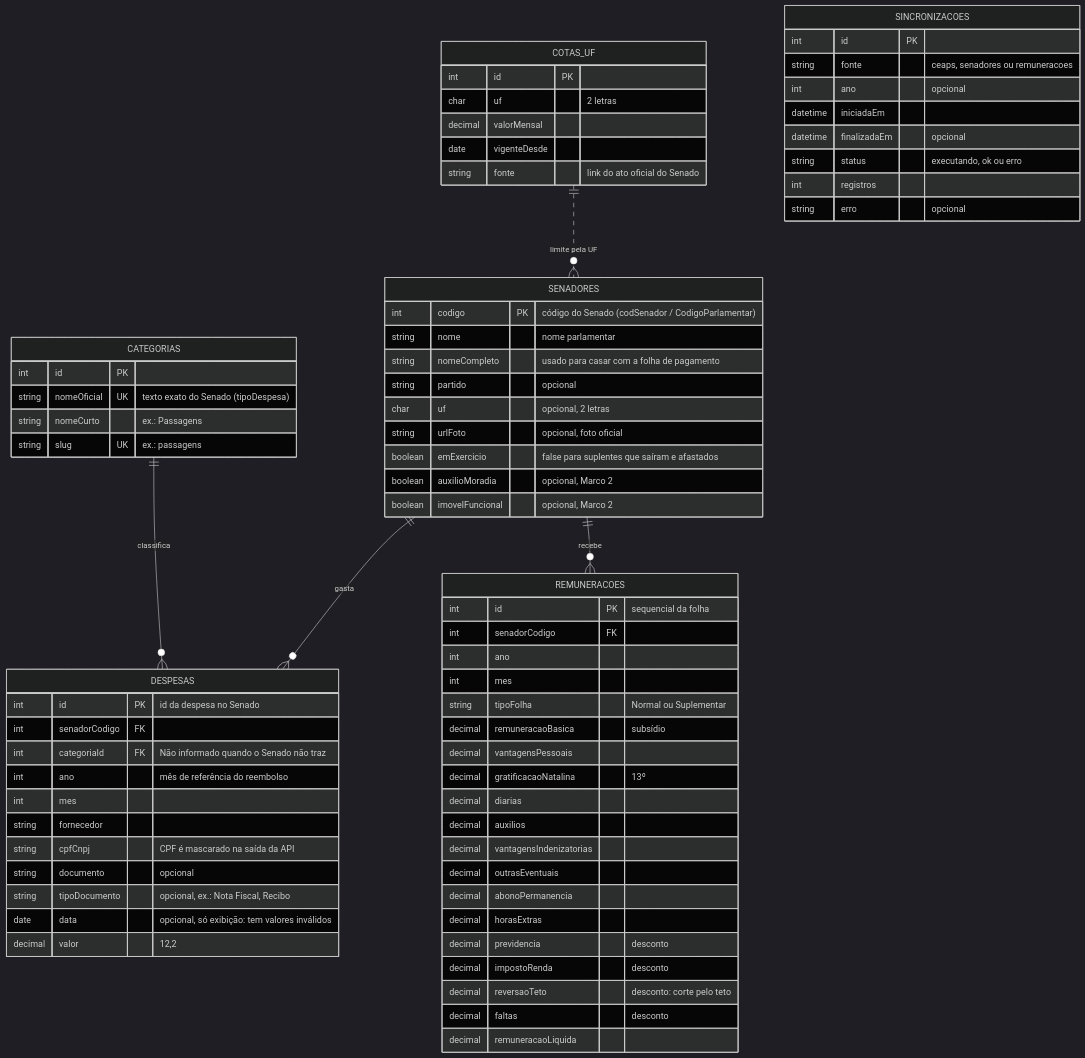
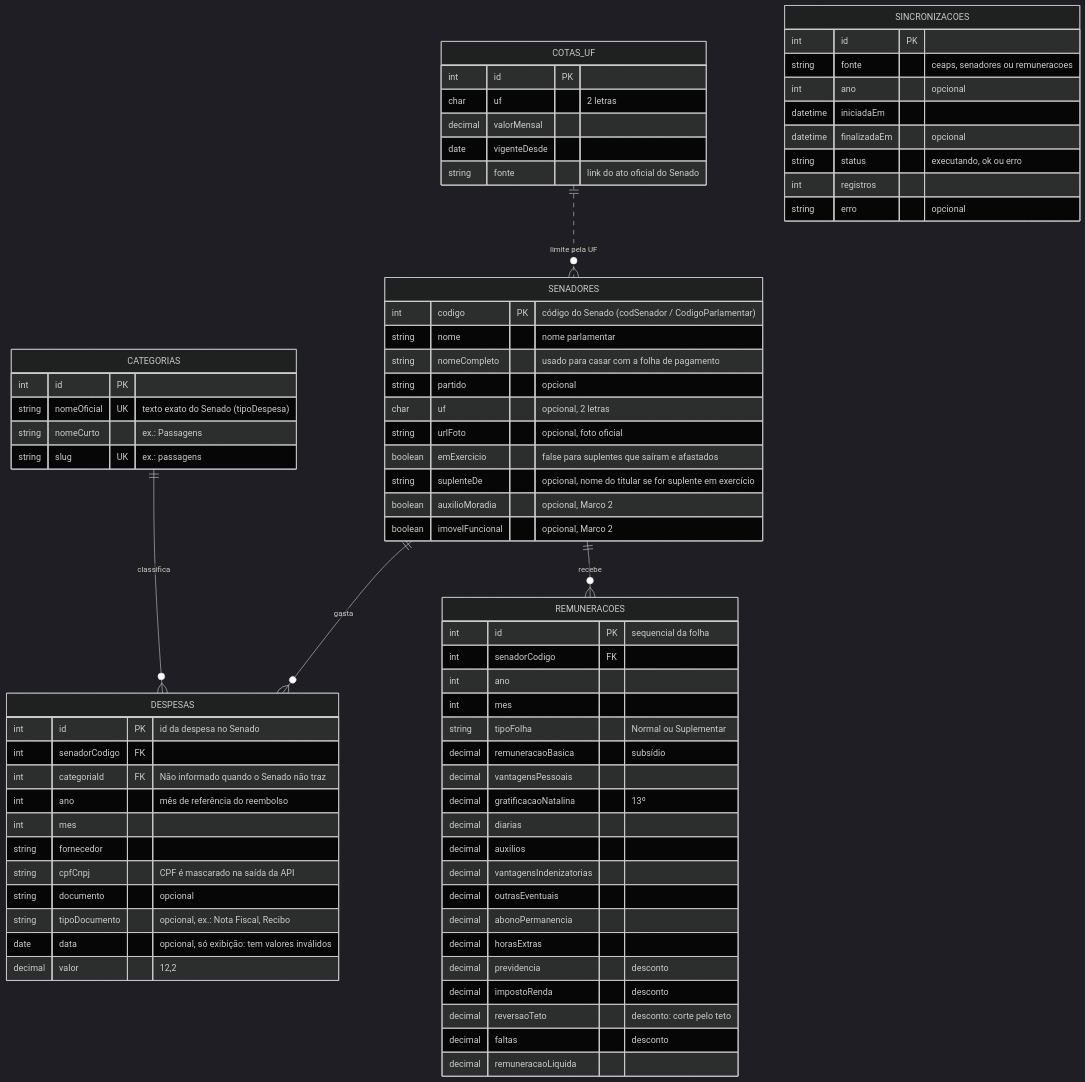
Before and after one commit to AlissonWork/api-transparencia-senado: the diagram in docs/banco-de-dados.md, drawn with Mermaid (dark theme). The commit also changed 14 other files, not shown here.

First line of the commit message:
feat: mostra quando o senador é suplente em exercício

````diff
--- a/docs/banco-de-dados.md
+++ b/docs/banco-de-dados.md
@@ -8,81 +8,82 @@
 ```mermaid
 erDiagram
     SENADORES ||--o{ DESPESAS : "gasta"
     CATEGORIAS ||--o{ DESPESAS : "classifica"
     SENADORES ||--o{ REMUNERACOES : "recebe"
     COTAS_UF ||..o{ SENADORES : "limite pela UF"
 
     SENADORES {
         int codigo PK "código do Senado (codSenador / CodigoParlamentar)"
         string nome "nome parlamentar"
         string nomeCompleto "usado para casar com a folha de pagamento"
         string partido "opcional"
         char uf "opcional, 2 letras"
         string urlFoto "opcional, foto oficial"
         boolean emExercicio "false para suplentes que saíram e afastados"
+        string suplenteDe "opcional, nome do titular se for suplente em exercício"
         boolean auxilioMoradia "opcional, Marco 2"
         boolean imovelFuncional "opcional, Marco 2"
     }
 
     CATEGORIAS {
         int id PK
         string nomeOficial UK "texto exato do Senado (tipoDespesa)"
         string nomeCurto "ex.: Passagens"
         string slug UK "ex.: passagens"
     }
 
     DESPESAS {
         int id PK "id da despesa no Senado"
         int senadorCodigo FK
         int categoriaId FK "Não informado quando o Senado não traz"
         int ano "mês de referência do reembolso"
         int mes
         string fornecedor
         string cpfCnpj "CPF é mascarado na saída da API"
         string documento "opcional"
         string tipoDocumento "opcional, ex.: Nota Fiscal, Recibo"
         date data "opcional, só exibição: tem valores inválidos"
         decimal valor "12,2"
     }
 
     REMUNERACOES {
         int id PK "sequencial da folha"
         int senadorCodigo FK
         int ano
         int mes
         string tipoFolha "Normal ou Suplementar"
         decimal remuneracaoBasica "subsídio"
         decimal vantagensPessoais
         decimal gratificacaoNatalina "13º"
         decimal diarias
         decimal auxilios
         decimal vantagensIndenizatorias
         decimal outrasEventuais
         decimal abonoPermanencia
         decimal horasExtras
         decimal previdencia "desconto"
         decimal impostoRenda "desconto"
         decimal reversaoTeto "desconto: corte pelo teto"
         decimal faltas "desconto"
         decimal remuneracaoLiquida
     }
 
     COTAS_UF {
         int id PK
         char uf "2 letras"
         decimal valorMensal
         date vigenteDesde
         string fonte "link do ato oficial do Senado"
     }
 
     SINCRONIZACOES {
         int id PK
         string fonte "ceaps, senadores ou remuneracoes"
         int ano "opcional"
         datetime iniciadaEm
         datetime finalizadaEm "opcional"
         string status "executando, ok ou erro"
         int registros
         string erro "opcional"
     }
 ```
````
